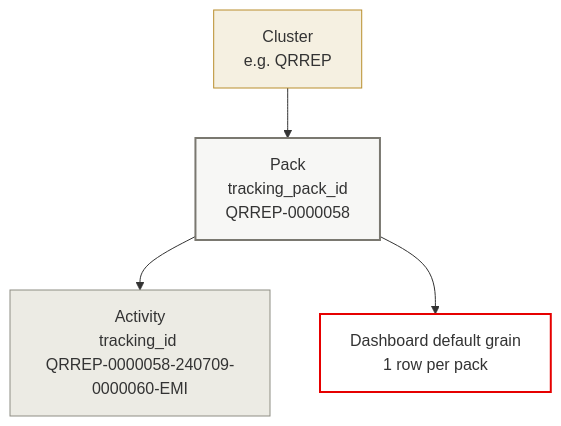
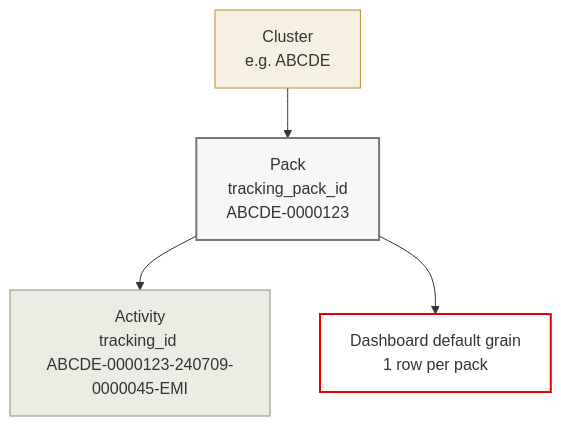
One commit to dallmi/Databricks changed the sixth of 7 diagrams in docs/architecture_diagram.md. Above: the diagram before and after it, drawn with Mermaid. The commit also changed other lines of this file and 87 other files, not shown here.

````diff
--- a/docs/architecture_diagram.md
+++ b/docs/architecture_diagram.md
@@ -296,21 +296,21 @@
 ```mermaid
 flowchart TD
-    CL[Cluster<br/>e.g. QRREP]
-    PA[Pack<br/>tracking_pack_id<br/>QRREP-0000058]
-    AC[Activity<br/>tracking_id <br/>QRREP-0000058-240709-0000060-EMI]
+    CL[Cluster<br/>e.g. ABCDE]
+    PA[Pack<br/>tracking_pack_id<br/>ABCDE-0000123]
+    AC[Activity<br/>tracking_id <br/>ABCDE-0000123-240709-0000045-EMI]
 
     CL --> PA
     PA --> AC
 
     D1[Dashboard default grain<br/>1 row per pack]
     PA --> D1
 
     classDef lvl1 fill:#F5F0E1,stroke:#B98E2C;
     classDef lvl2 fill:#F7F7F5,stroke:#7A7870,stroke-width:2px;
     classDef lvl3 fill:#ECEBE4,stroke:#8E8D83;
     classDef dash fill:#FFFFFF,stroke:#E60000,stroke-width:2px;
     class CL lvl1;
     class PA lvl2;
     class AC lvl3;
     class D1 dash;
 ```
````
